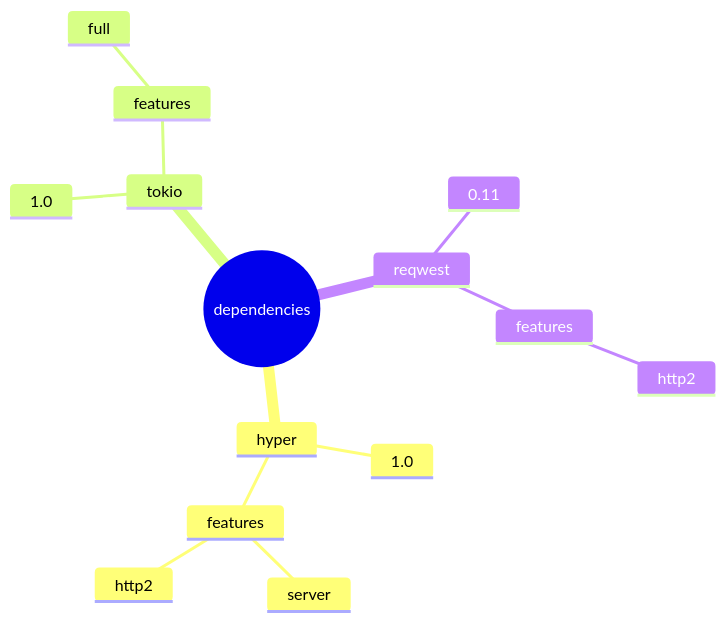
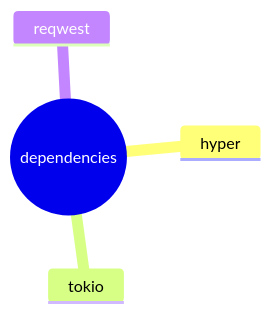
The first of 2 diagrams in markdowns/server_and_client/example_a.md (softtiny/docs.bita), drawn with Mermaid before and after one commit. The commit also changed other lines of this file, not shown here.

````diff
--- a/markdowns/server_and_client/example_a.md
+++ b/markdowns/server_and_client/example_a.md
@@ -5,17 +5,7 @@
 ```mermaid
 mindmap
     root((dependencies))
         hyper 
-            1.0
-            features 
-                server
-                http2
         tokio
-            1.0
-            features 
-                full
         reqwest
-            0.11
-            features
-                http2
 ```
````
